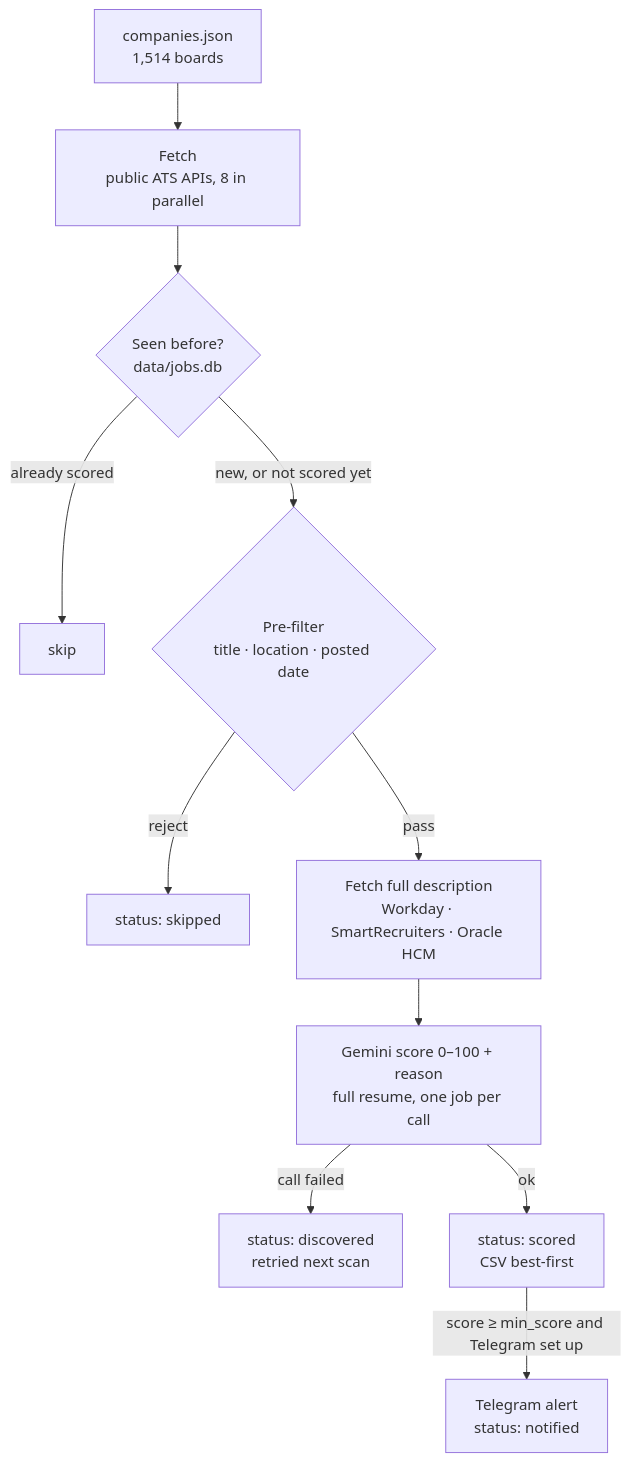
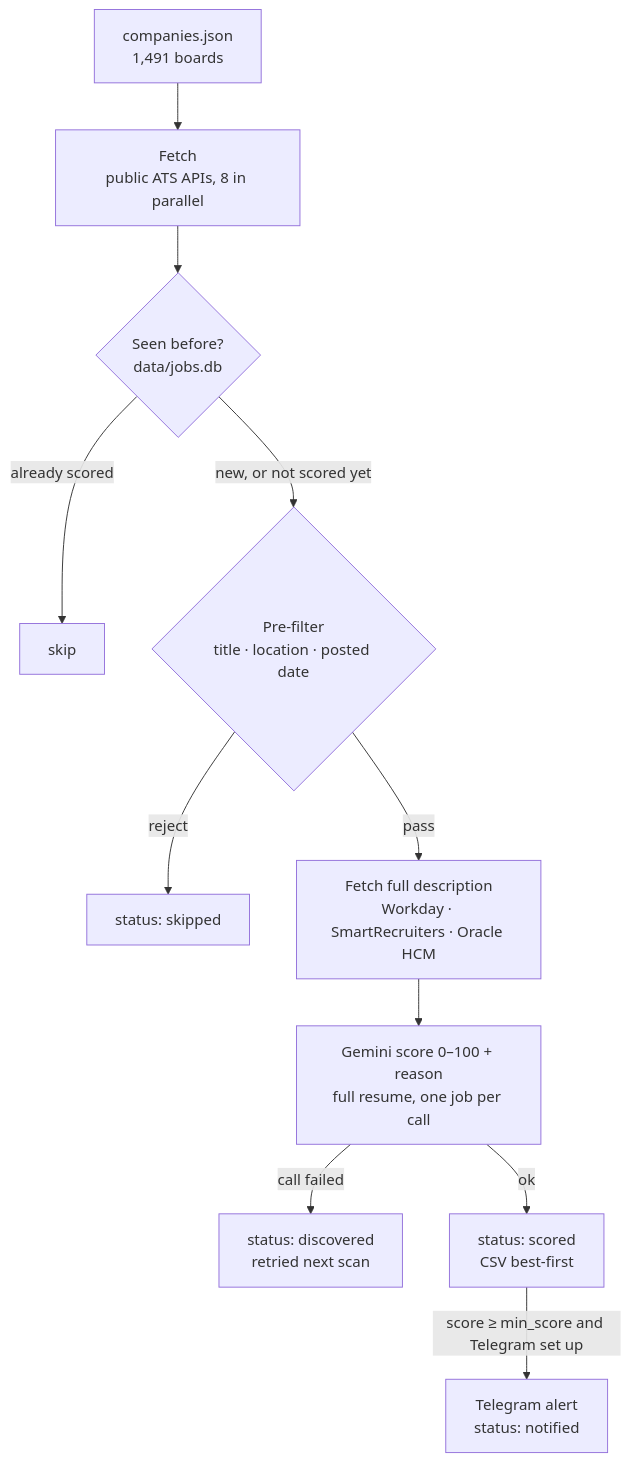
Before and after one commit to Manish814142/rolesight: the diagram in README.md, drawn with Mermaid. The commit also changed other lines of this file and 4 other files, not shown here.

First line of the commit message:
T115: drop the 21 Metro Manila-only boards and two more that failed the recheck; companies.json 1,514 -> 1,491

````diff
--- a/README.md
+++ b/README.md
@@ -85,13 +85,13 @@
 ```mermaid
 flowchart TD
-    C["companies.json<br/>1,514 boards"] --> F["Fetch<br/>public ATS APIs, 8 in parallel"]
+    C["companies.json<br/>1,491 boards"] --> F["Fetch<br/>public ATS APIs, 8 in parallel"]
     F --> D{"Seen before?<br/>data/jobs.db"}
     D -- "already scored" --> X["skip"]
     D -- "new, or not scored yet" --> P{"Pre-filter<br/>title · location · posted date"}
     P -- reject --> S["status: skipped"]
     P -- pass --> E["Fetch full description<br/>Workday · SmartRecruiters · Oracle HCM"]
     E --> G["Gemini score 0–100 + reason<br/>full resume, one job per call"]
     G -- "call failed" --> R["status: discovered<br/>retried next scan"]
     G -- ok --> O["status: scored<br/>CSV best-first"]
     O -- "score ≥ min_score and Telegram set up" --> T["Telegram alert<br/>status: notified"]
 ```
````
